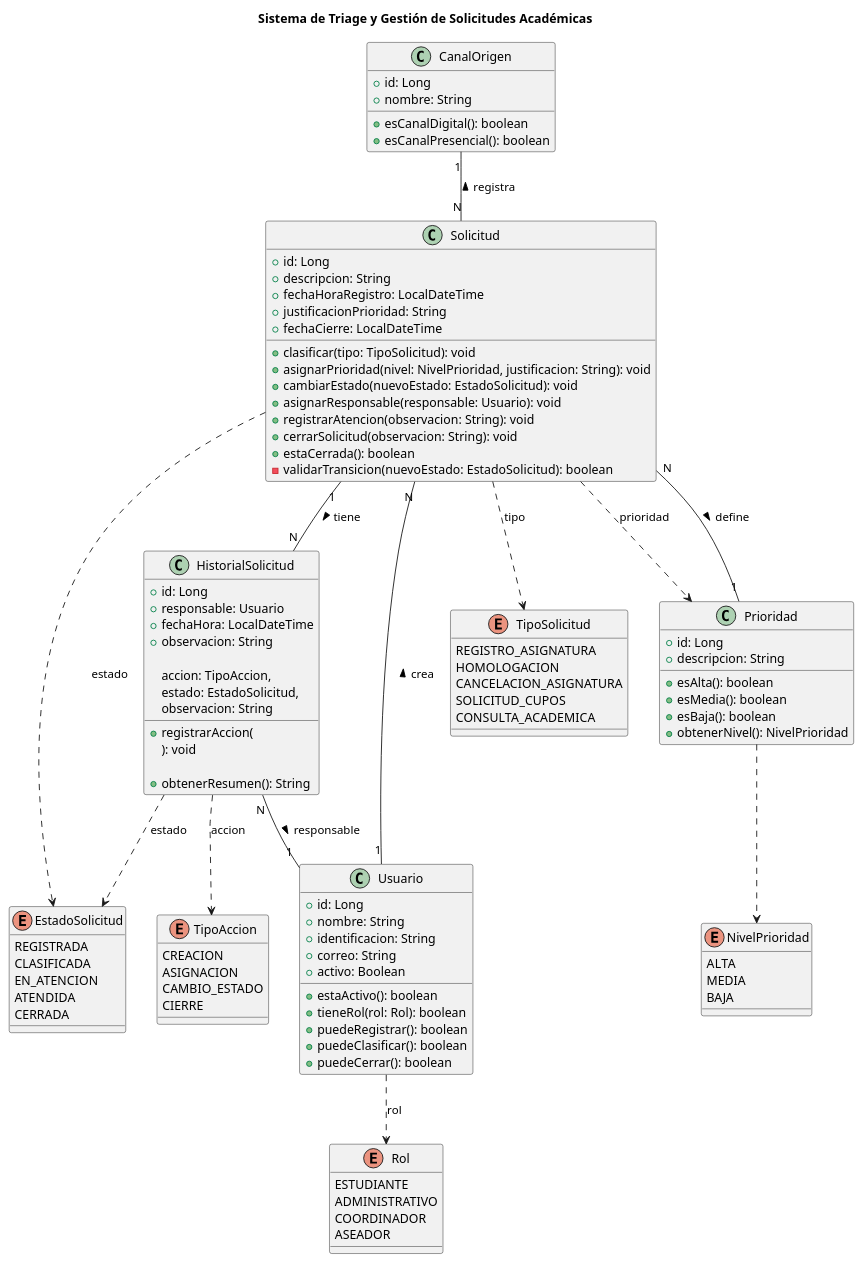
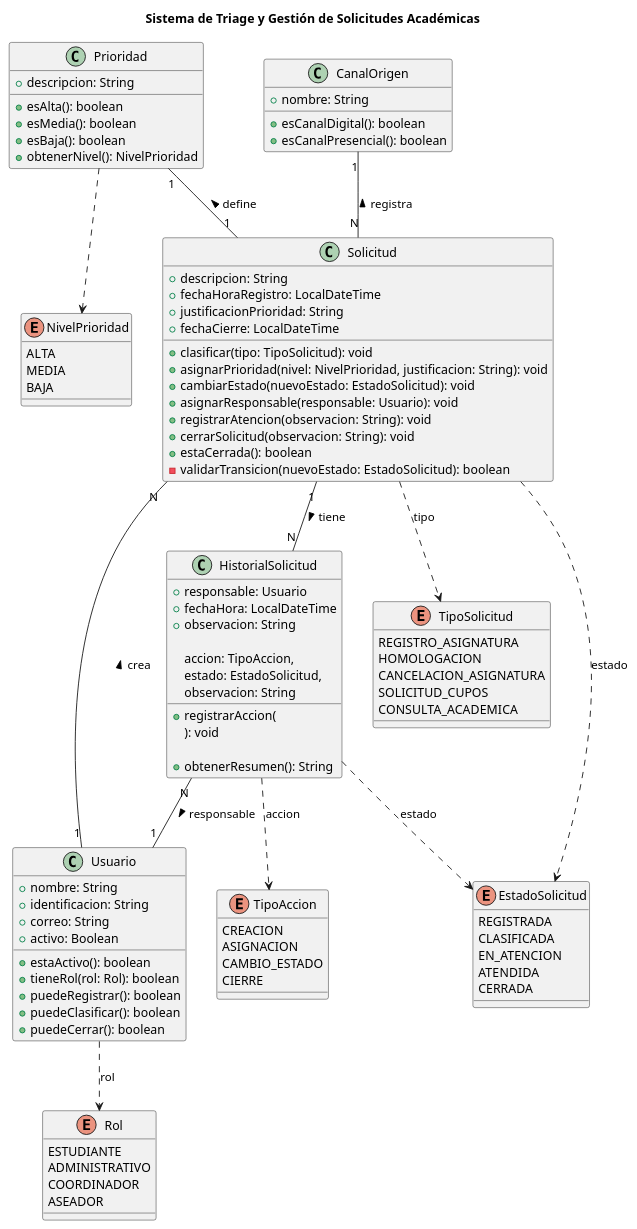
One commit to ING69COOLER/Proyecto_Avanzada changed the diagram in DiagramaUML.wsd. Above: the diagram before and after it, drawn with PlantUML. The commit also changed 5 other files, not shown here.

Commit message:
feat: Introduce core domain entities and value objects for request management, and update the UML diagram to reflect these new structures.

```diff
--- a/DiagramaUML.wsd
+++ b/DiagramaUML.wsd
@@ -1,134 +1,132 @@
 @startuml
 title Sistema de Triage y Gestión de Solicitudes Académicas
 
 ' =========================
 ' ENUMS (Value Objects)
 ' =========================
 
 enum EstadoSolicitud {
   REGISTRADA
   CLASIFICADA
   EN_ATENCION
   ATENDIDA
   CERRADA
 }
 
 enum TipoAccion {
     CREACION
     ASIGNACION
     CAMBIO_ESTADO
     CIERRE
 }
 
 enum NivelPrioridad {
   ALTA
   MEDIA
   BAJA
 }
 
 enum Rol {
   ESTUDIANTE
   ADMINISTRATIVO
   COORDINADOR
   ASEADOR
 }
 
 enum TipoSolicitud {
     REGISTRO_ASIGNATURA
     HOMOLOGACION
     CANCELACION_ASIGNATURA
     SOLICITUD_CUPOS
     CONSULTA_ACADEMICA
 }
 
 ' =========================
 ' ENTIDADES
 ' =========================
 
 class Usuario {
-  +id: Long
+  
   +nombre: String
   +identificacion: String
   +correo: String
   +activo: Boolean
 
   +estaActivo(): boolean
   +tieneRol(rol: Rol): boolean
   +puedeRegistrar(): boolean
   +puedeClasificar(): boolean
   +puedeCerrar(): boolean
 }
 
 class Solicitud {
-  +id: Long
+  
   +descripcion: String
   +fechaHoraRegistro: LocalDateTime
   +justificacionPrioridad: String
   +fechaCierre: LocalDateTime
 
   +clasificar(tipo: TipoSolicitud): void
   +asignarPrioridad(nivel: NivelPrioridad, justificacion: String): void
   +cambiarEstado(nuevoEstado: EstadoSolicitud): void
   +asignarResponsable(responsable: Usuario): void
   +registrarAtencion(observacion: String): void
   +cerrarSolicitud(observacion: String): void
   +estaCerrada(): boolean
   -validarTransicion(nuevoEstado: EstadoSolicitud): boolean
 }
 
 class Prioridad {
-  +id: Long
+
   +descripcion: String
 
   +esAlta(): boolean
   +esMedia(): boolean
   +esBaja(): boolean
   +obtenerNivel(): NivelPrioridad
 }
 
 class CanalOrigen {
-  +id: Long
   +nombre: String
 
   +esCanalDigital(): boolean
   +esCanalPresencial(): boolean
 }
 
 class HistorialSolicitud {
-  +id: Long
+  
   +responsable: Usuario
   +fechaHora: LocalDateTime
   +observacion: String
 
   +registrarAccion(
       accion: TipoAccion,
       estado: EstadoSolicitud,
       observacion: String
   ): void
 
   +obtenerResumen(): String
 }
 
 ' =========================
 ' RELACIONES
 ' =========================
 
 Usuario "1" -- "N" Solicitud : crea >
-Prioridad "1" -- "N" Solicitud : define <
+Prioridad "1" -- "1" Solicitud : define <
 CanalOrigen "1" -- "N" Solicitud : registra <
 Solicitud "1" -- "N" HistorialSolicitud : tiene >
 HistorialSolicitud "N" -- "1" Usuario : responsable >
 
 ' =========================
 ' RELACIONES CON ENUMS
 ' =========================
 
 Solicitud ..> EstadoSolicitud : estado
 Solicitud ..> TipoSolicitud : tipo
-Solicitud ..> Prioridad : prioridad
 HistorialSolicitud ..> EstadoSolicitud : estado
 HistorialSolicitud ..> TipoAccion : accion
 Usuario ..> Rol : rol
 Prioridad ..> NivelPrioridad
 
 @enduml
```
